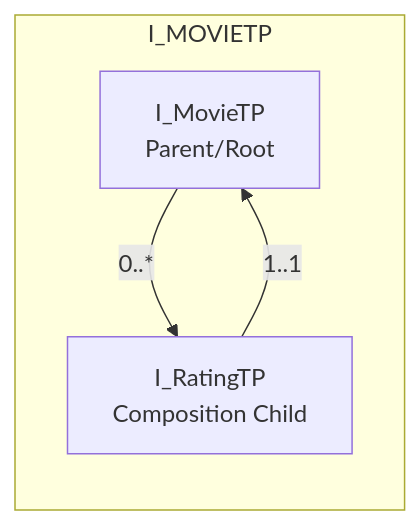
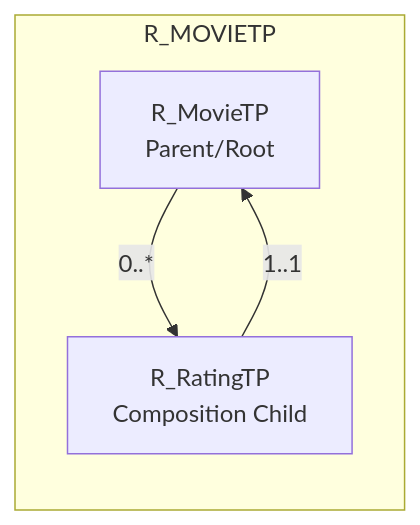
Before and after one commit to appenmaier/abap_movie: the third of 3 diagrams in README.md, drawn with Mermaid. The commit also changed other lines of this file, not shown here.

````diff
--- a/README.md
+++ b/README.md
@@ -147,12 +147,12 @@
 ```mermaid
 flowchart
-   I_MovieTP["I_MovieTP
+   R_MovieTP["R_MovieTP
               Parent/Root"]
-   I_RatingTP["I_RatingTP
+   R_RatingTP["R_RatingTP
                Composition Child"]
-   subgraph "I_MOVIETP"
+   subgraph "R_MOVIETP"
       direction TB
-      I_MovieTP --0..*--> I_RatingTP
-      I_RatingTP --1..1--> I_MovieTP
+      R_MovieTP --0..*--> R_RatingTP
+      R_RatingTP --1..1--> R_MovieTP
    end
 ```
````
